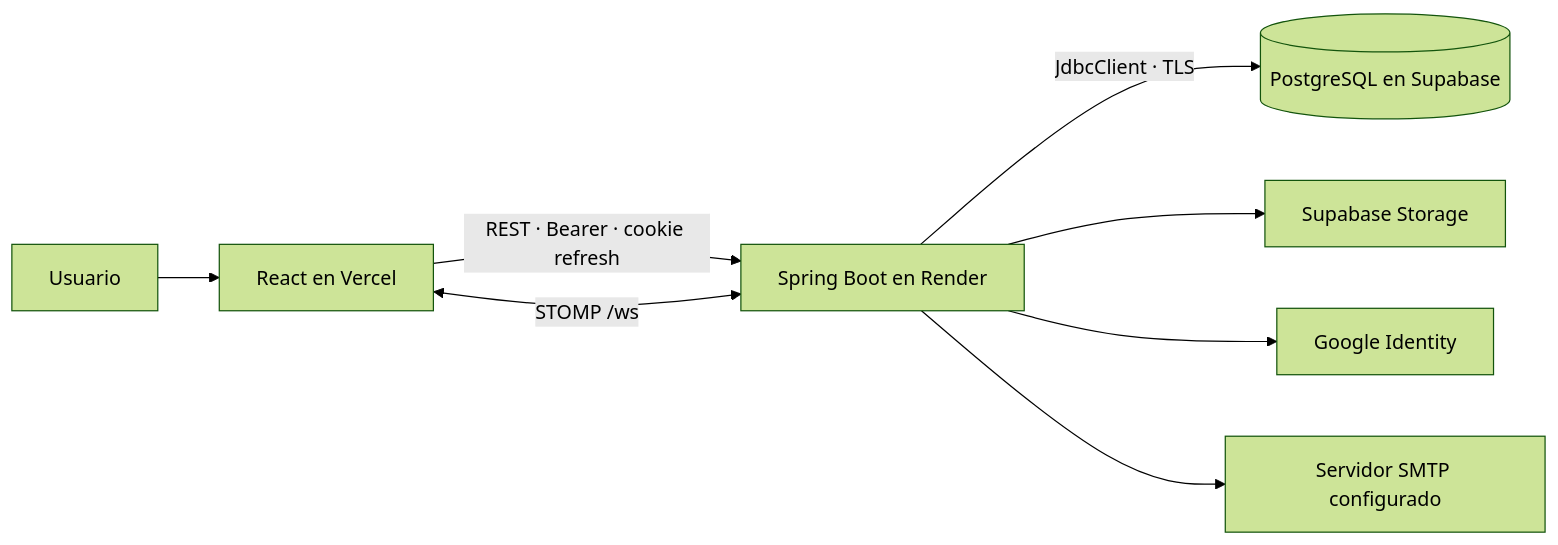
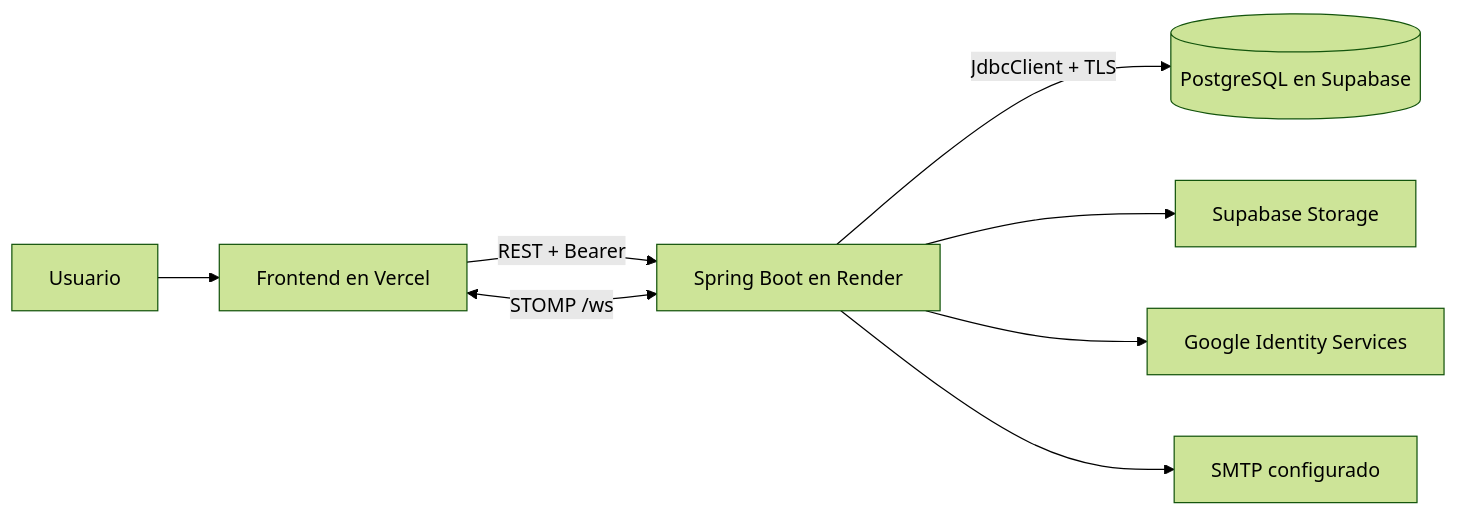
Before and after one commit to lisudea/technical-test-2026-2: the third of 17 diagrams in README.md, drawn with Mermaid (forest theme). The commit also changed other lines of this file and 25 other files, not shown here.

````diff
--- a/README.md
+++ b/README.md
@@ -119,10 +206,10 @@
 ```mermaid
 flowchart LR
-  User[Usuario] --> FE[React en Vercel]
-  FE -->|REST · Bearer · cookie refresh| API[Spring Boot en Render]
+  U[Usuario] --> FE[Frontend en Vercel]
+  FE -->|REST + Bearer| API[Spring Boot en Render]
   FE <-->|STOMP /ws| API
-  API -->|JdbcClient · TLS| DB[(PostgreSQL en Supabase)]
+  API -->|JdbcClient + TLS| DB[(PostgreSQL en Supabase)]
   API --> Storage[Supabase Storage]
-  API --> Google[Google Identity]
-  API --> Mail[Servidor SMTP configurado]
+  API --> Google[Google Identity Services]
+  API --> Mail[SMTP configurado]
 ```
````
